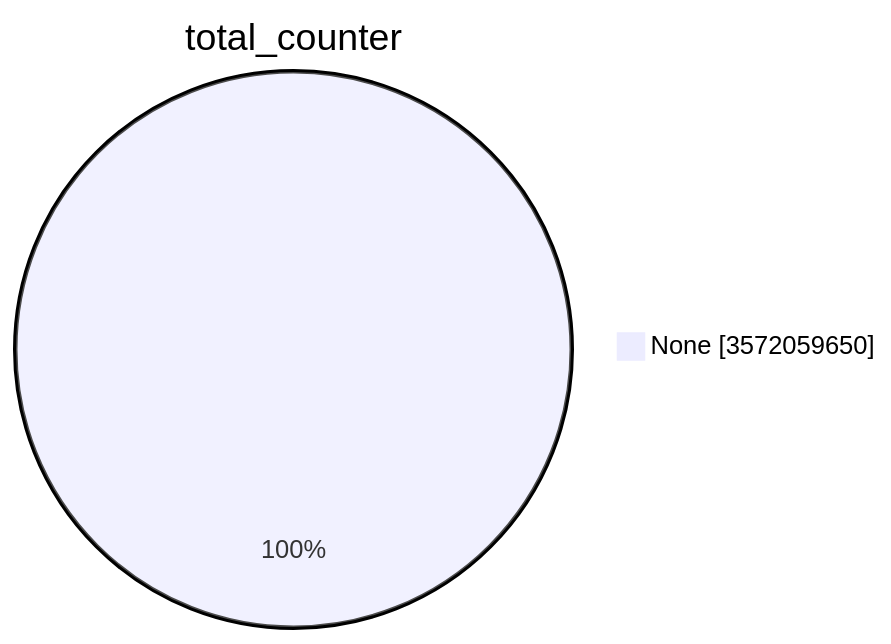
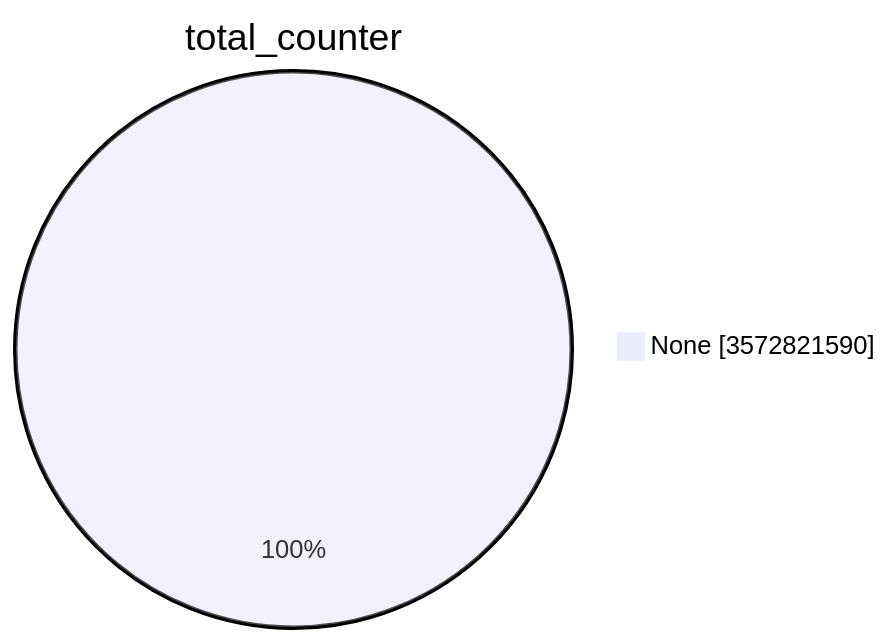
The first of 15 diagrams in TOTAL/README.md (christiankrug/ctmonitor_visualization), drawn with Mermaid before and after one commit. The commit also changed other lines of this file, not shown here.

````diff
--- a/TOTAL/README.md
+++ b/TOTAL/README.md
@@ -1,5 +1,5 @@
 ```mermaid
 pie showData
 title total_counter
-"None" :3572059650
+"None" :3572821590
 ```
````
